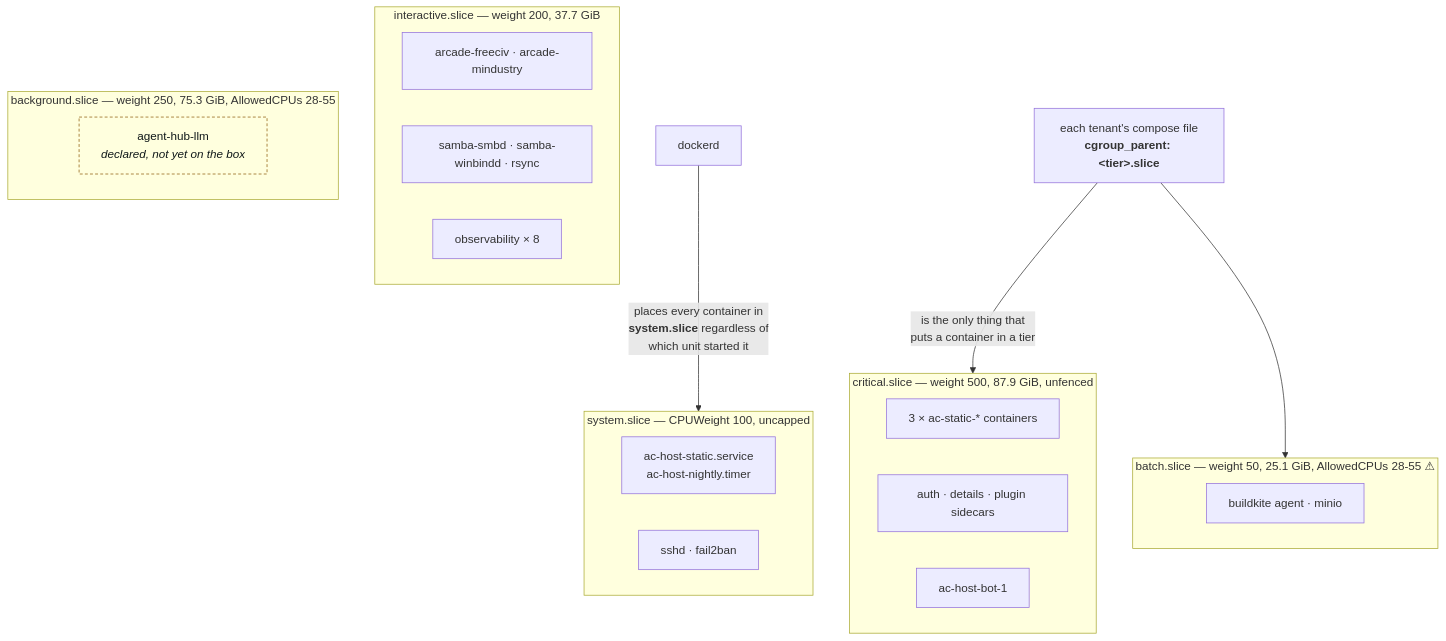
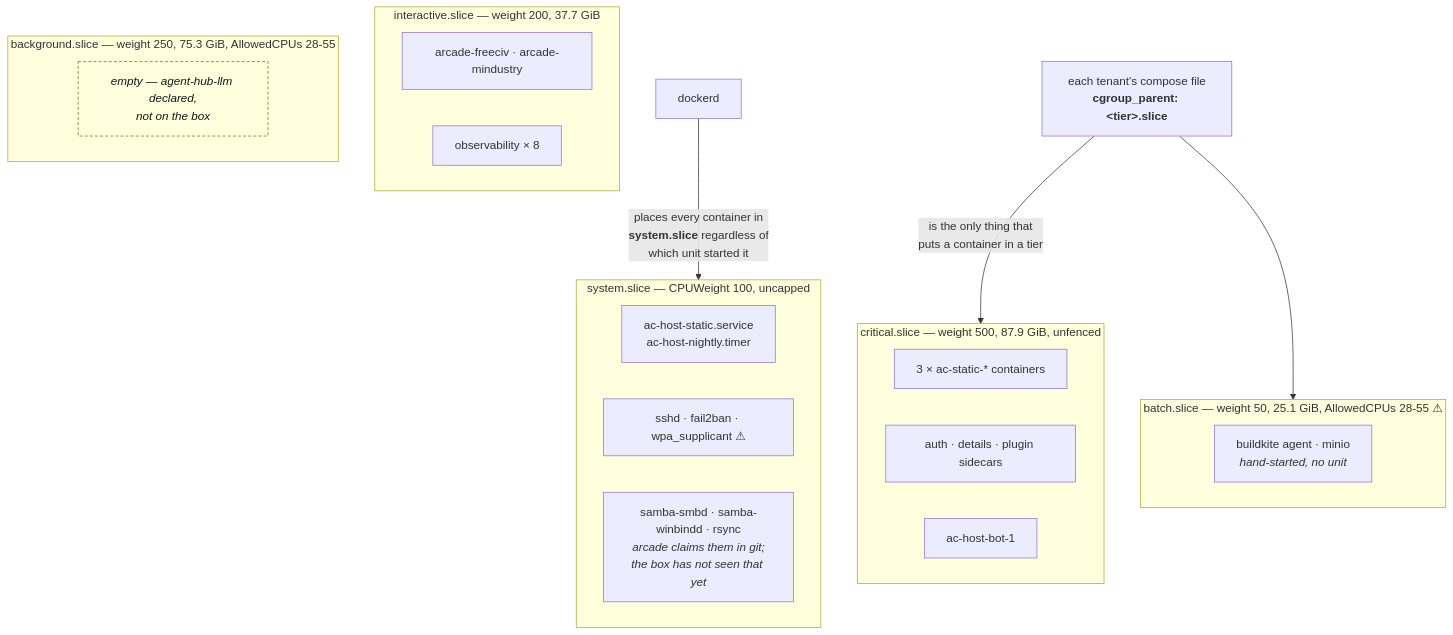
Before and after one commit to imkarrer/homelab: the third of 5 diagrams in docs/architecture.md, drawn with Mermaid. The commit also changed other lines of this file, not shown here.

First line of the commit message:
architecture: draw the current and the target, and itemise the distance

````diff
--- a/docs/architecture.md
+++ b/docs/architecture.md
@@ -113,30 +105,30 @@
 ```mermaid
 flowchart TB
     subgraph SYS ["system.slice — CPUWeight 100, uncapped"]
         S1["ac-host-static.service<br/>ac-host-nightly.timer"]
-        S2["sshd · fail2ban"]
+        S2["sshd · fail2ban · wpa_supplicant ⚠"]
+        S3["samba-smbd · samba-winbindd · rsync<br/><i>arcade claims them in git;<br/>the box has not seen that yet</i>"]
     end
     subgraph CRIT ["critical.slice — weight 500, 87.9 GiB, unfenced"]
         C1["3 × ac-static-* containers"]
         C2["auth · details · plugin sidecars"]
         C3["ac-host-bot-1"]
     end
     subgraph INT ["interactive.slice — weight 200, 37.7 GiB"]
         I1["arcade-freeciv · arcade-mindustry"]
-        I2["samba-smbd · samba-winbindd · rsync"]
         I3["observability × 8"]
     end
     subgraph BG ["background.slice — weight 250, 75.3 GiB, AllowedCPUs 28-55"]
-        G1["agent-hub-llm<br/><i>declared, not yet on the box</i>"]
+        G1["<i>empty — agent-hub-llm declared,<br/>not on the box</i>"]
     end
     subgraph BAT ["batch.slice — weight 50, 25.1 GiB, AllowedCPUs 28-55 ⚠"]
-        T1["buildkite agent · minio"]
+        T1["buildkite agent · minio<br/><i>hand-started, no unit</i>"]
     end
 
     DOCKER["dockerd"] -- "places every container in<br/><b>system.slice</b> regardless of<br/>which unit started it" --> SYS
     COMPOSE["each tenant's compose file<br/><b>cgroup_parent: &lt;tier&gt;.slice</b>"] -- "is the only thing that<br/>puts a container in a tier" --> CRIT
     COMPOSE --> BAT
 
     classDef empty fill:none,stroke:#8d5c0c,stroke-dasharray:4 3,color:#101819;
     class G1 empty;
 ```
````
